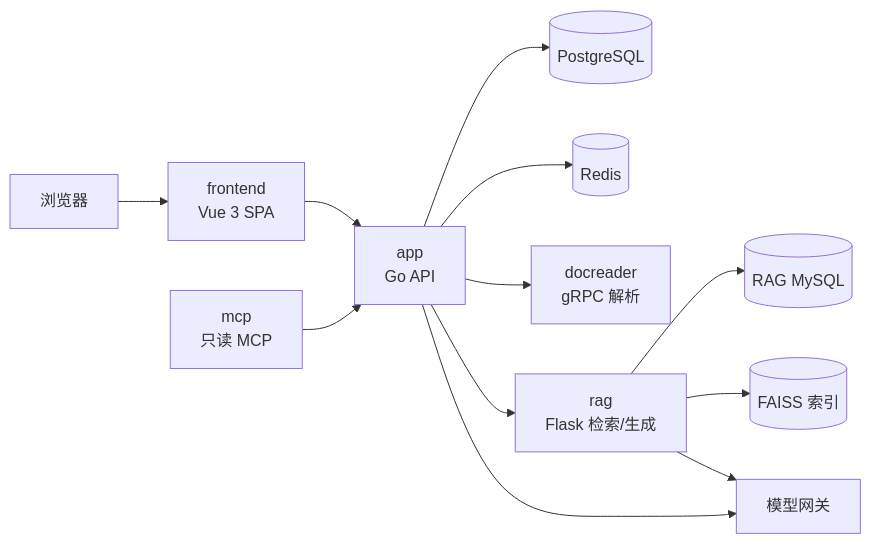
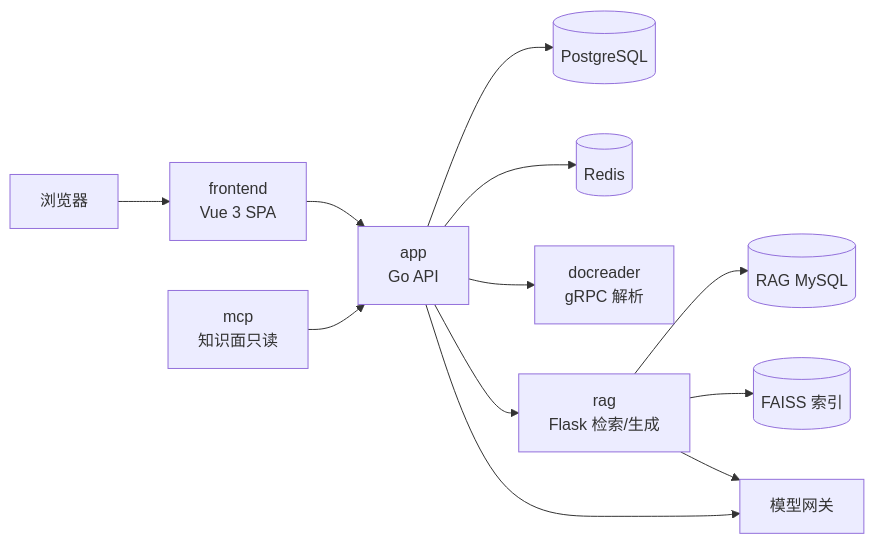
The diagram in README.md (Forward-back/Well-Read-Personal), drawn with Mermaid before and after one commit. The commit also changed other lines of this file and 109 other files, not shown here.

````diff
--- a/README.md
+++ b/README.md
@@ -22,14 +22,14 @@
 ```mermaid
 flowchart LR
     U[浏览器] --> FE[frontend<br/>Vue 3 SPA]
     FE --> APP[app<br/>Go API]
     APP --> PG[(PostgreSQL)]
     APP --> RD[(Redis)]
     APP --> DR[docreader<br/>gRPC 解析]
     APP --> RAG[rag<br/>Flask 检索/生成]
-    MCP[mcp<br/>只读 MCP] --> APP
+    MCP[mcp<br/>知识面只读] --> APP
     RAG --> MYSQL[(RAG MySQL)]
     RAG --> FAISS[(FAISS 索引)]
     RAG --> MODEL[模型网关]
     APP --> MODEL
 ```
````
